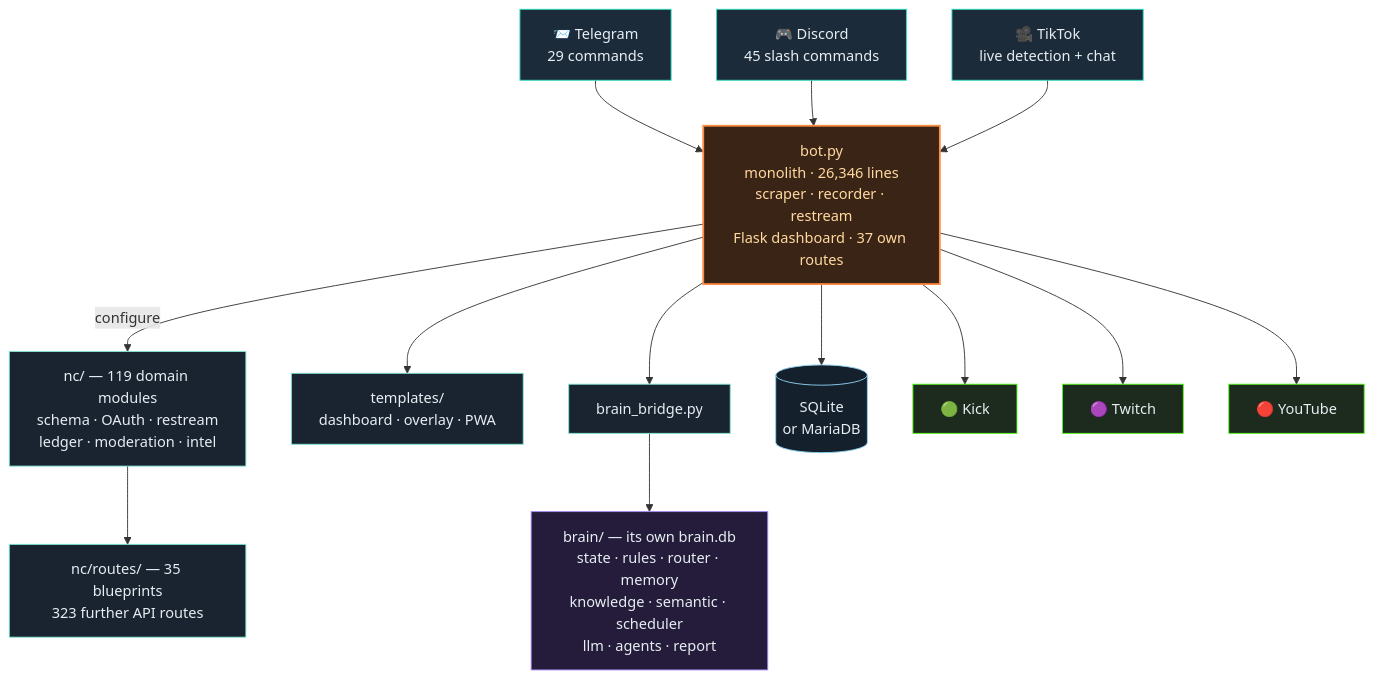
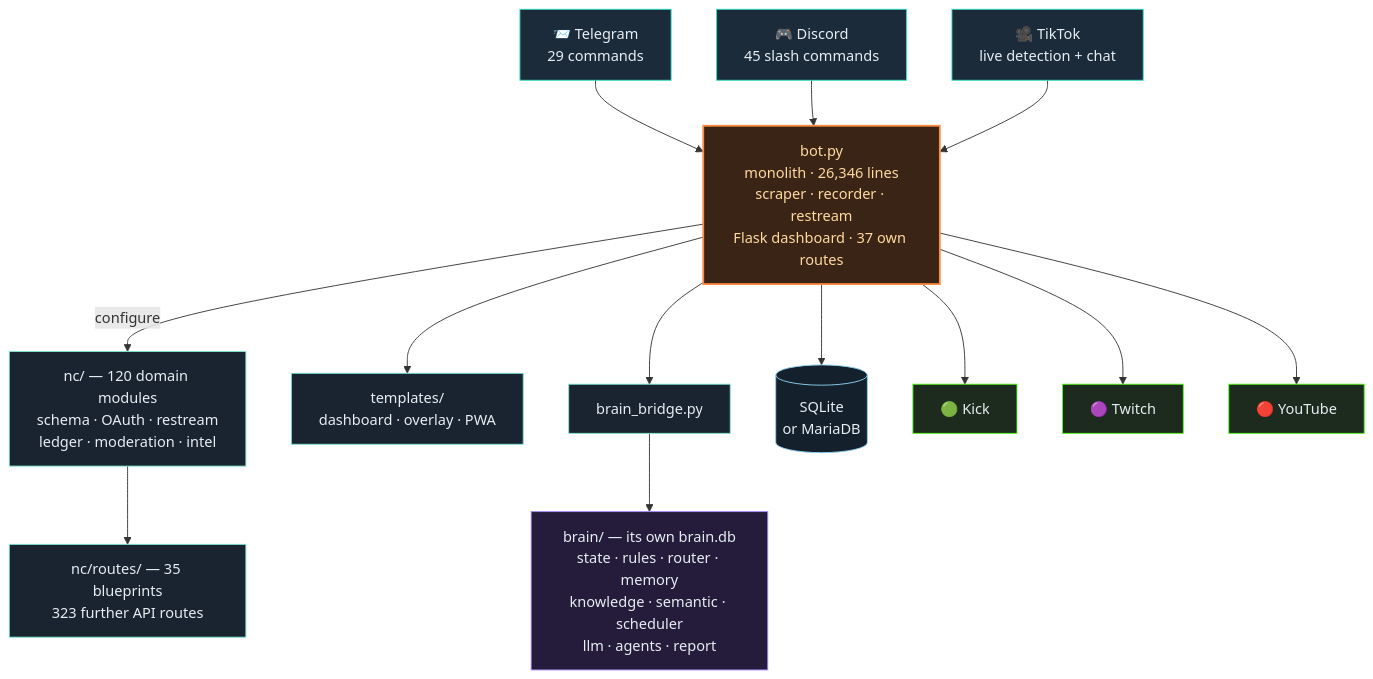
One commit to itsamemedev/Telegram-Stream-Info-Bot changed the third of 4 diagrams in README.en.md. Above: the diagram before and after it, drawn with Mermaid. The commit also changed other lines of this file and 13 other files, not shown here.

````diff
--- a/README.en.md
+++ b/README.en.md
@@ -190,30 +190,30 @@
 ```mermaid
 flowchart TB
     TG["📨 Telegram<br/>29 commands"]:::ein
     DC["🎮 Discord<br/>45 slash commands"]:::ein
     TT["🎥 TikTok<br/>live detection + chat"]:::ein
 
     TG --> BOT
     DC --> BOT
     TT --> BOT
 
     BOT["bot.py<br/>monolith · 26,346 lines<br/>scraper · recorder · restream<br/>Flask dashboard · 37 own routes"]:::core
 
-    BOT -->|configure| NC["nc/ — 119 domain modules<br/>schema · OAuth · restream<br/>ledger · moderation · intel"]:::lib
+    BOT -->|configure| NC["nc/ — 120 domain modules<br/>schema · OAuth · restream<br/>ledger · moderation · intel"]:::lib
     NC --> RT["nc/routes/ — 35 blueprints<br/>323 further API routes"]:::lib
     BOT --> TPL["templates/<br/>dashboard · overlay · PWA"]:::lib
     BOT --> BR["brain_bridge.py"]:::lib
     BR --> BRAIN["brain/ — its own brain.db<br/>state · rules · router · memory<br/>knowledge · semantic · scheduler<br/>llm · agents · report"]:::brain
     BOT --> DB[("SQLite<br/>or MariaDB")]:::db
 
     BOT --> KICK["🟢 Kick"]:::out
     BOT --> TW["🟣 Twitch"]:::out
     BOT --> YT["🔴 YouTube"]:::out
 
     classDef ein fill:#1c2b3a,stroke:#2de1c2,color:#e6edf3
     classDef core fill:#3a2415,stroke:#ff8c42,stroke-width:2px,color:#ffd9a0
     classDef lib fill:#1a2430,stroke:#7fe7d4,color:#e6edf3
     classDef brain fill:#241c3a,stroke:#a78bfa,color:#e6edf3
     classDef db fill:#14202c,stroke:#8fd3f4,color:#e6edf3
     classDef out fill:#1c2b1e,stroke:#53fc18,color:#e6edf3
 ```
````
